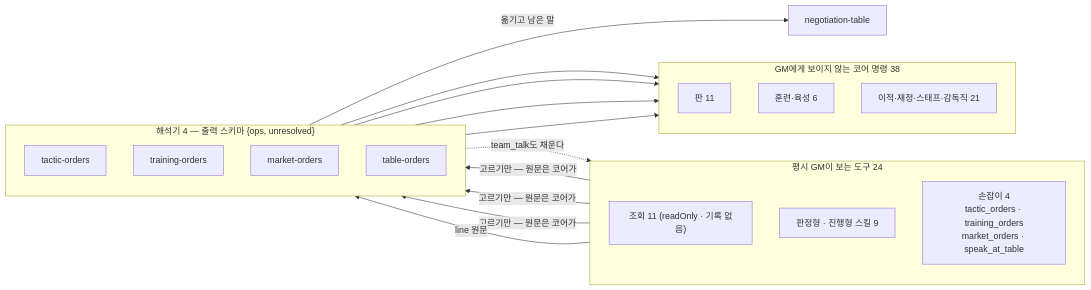
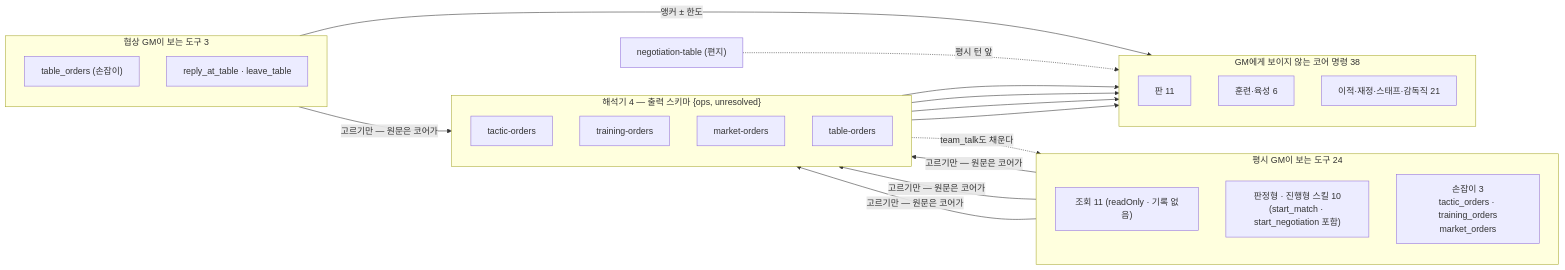
The sixth of 11 diagrams in docs/llm/pipeline.md (dhoonjang/story-fm), drawn with Mermaid before and after one commit. The commit also changed other lines of this file and 66 other files, not shown here.

````diff
--- a/docs/llm/pipeline.md
+++ b/docs/llm/pipeline.md
@@ -217,29 +217,35 @@
 ```mermaid
 flowchart LR
   subgraph GMTOOLS["평시 GM이 보는 도구 24"]
     direction TB
     RO["조회 11 (readOnly · 기록 없음)"]
-    SK["판정형 · 진행형 스킬 9"]
-    HD["손잡이 4<br/>tactic_orders · training_orders<br/>market_orders · speak_at_table"]
+    SK["판정형 · 진행형 스킬 10<br/>(start_match · start_negotiation 포함)"]
+    HD["손잡이 3<br/>tactic_orders · training_orders<br/>market_orders"]
+  end
+  subgraph NEGTOOLS["협상 GM이 보는 도구 3"]
+    direction TB
+    NH["table_orders (손잡이)"]
+    NR["reply_at_table · leave_table"]
   end
   subgraph INTERP["해석기 4 — 출력 스키마 {ops, unresolved}"]
     direction TB
     TO["tactic-orders"]
     TRO["training-orders"]
     MO["market-orders"]
     TBO["table-orders"]
   end
   subgraph CMD["GM에게 보이지 않는 코어 명령 38"]
     direction TB
     C1["판 11"]
     C2["훈련·육성 6"]
     C3["이적·재정·스태프·감독직 21"]
   end
-  NT["negotiation-table"]
+  NT["negotiation-table (편지)"]
   HD -->|"고르기만 — 원문은 코어가"| TO --> C1
   HD -->|"고르기만 — 원문은 코어가"| TRO --> C2
   HD -->|"고르기만 — 원문은 코어가"| MO --> C3
-  HD -->|"line 원문"| TBO --> C3
-  TBO -->|"옮기고 남은 말"| NT
+  NH -->|"고르기만 — 원문은 코어가"| TBO --> C3
+  NR -->|"앵커 ± 한도"| C3
+  NT -.->|"평시 턴 앞"| C3
   TO -.->|"team_talk도 채운다"| SK
 ```
````
